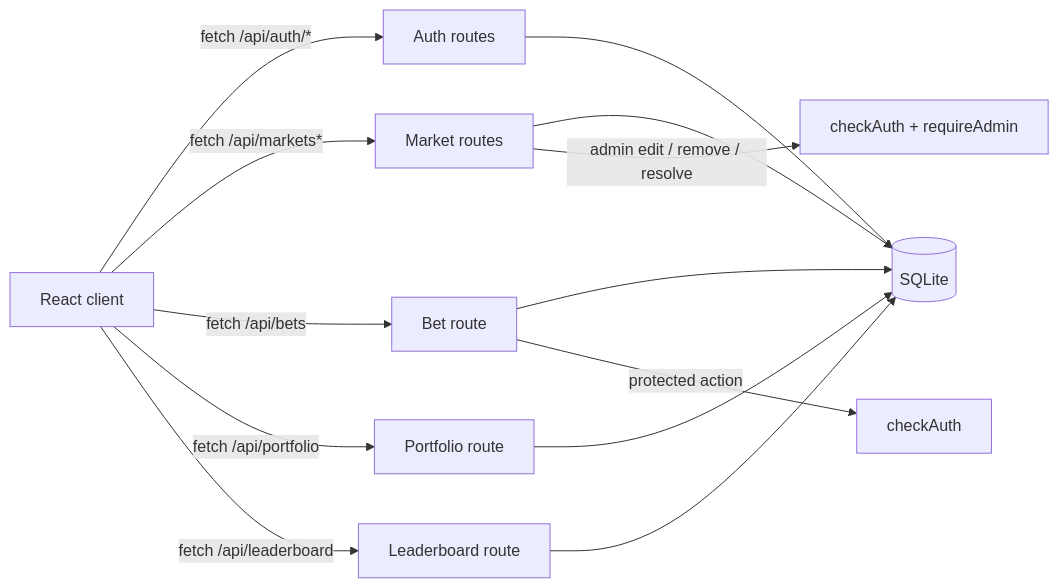
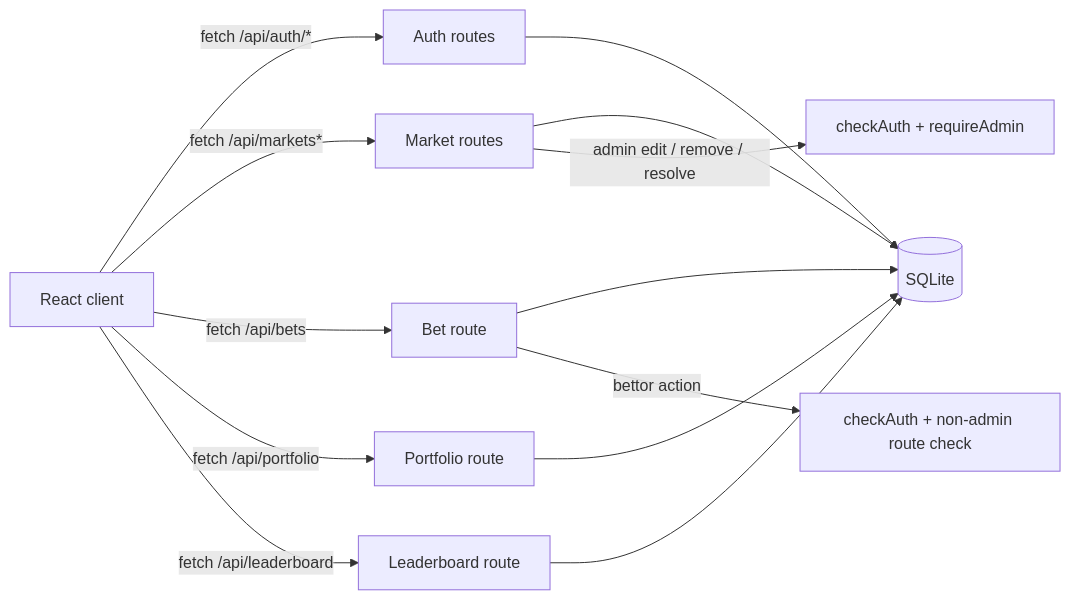
Before and after one commit to prygw/BruinBet: the first of 2 diagrams in README.md, drawn with Mermaid. The commit also changed other lines of this file, not shown here.

Commit message:
Update README for admin and bettor role split

````diff
--- a/README.md
+++ b/README.md
@@ -215,15 +217,15 @@
 ```mermaid
 flowchart LR
   Browser[React client] -->|fetch /api/auth/*| Auth[Auth routes]
   Browser -->|fetch /api/markets*| Markets[Market routes]
   Browser -->|fetch /api/bets| Bets[Bet route]
   Browser -->|fetch /api/portfolio| Portfolio[Portfolio route]
   Browser -->|fetch /api/leaderboard| Leaderboard[Leaderboard route]
   Auth --> DB[(SQLite)]
   Markets --> DB
   Bets --> DB
   Portfolio --> DB
   Leaderboard --> DB
   Markets -->|admin edit / remove / resolve| Admin[checkAuth + requireAdmin]
-  Bets -->|protected action| Protected[checkAuth]
+  Bets -->|bettor action| Protected[checkAuth + non-admin route check]
 ```
````
